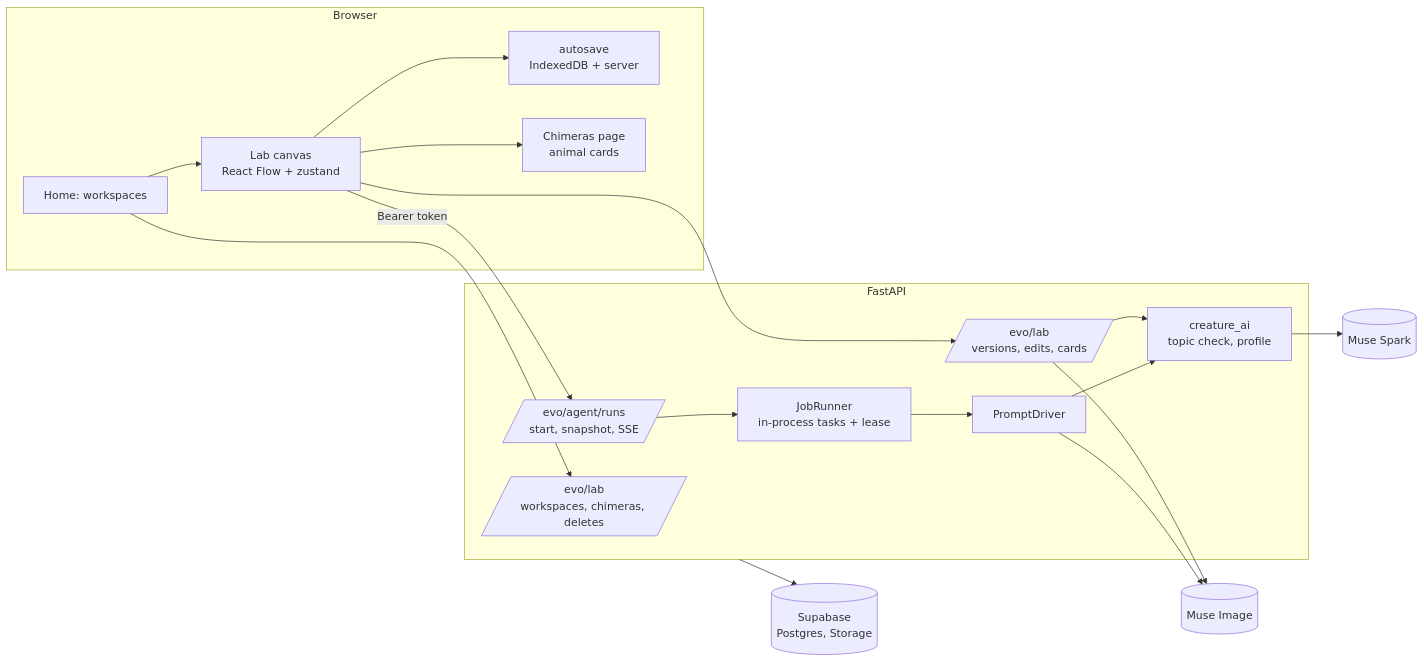
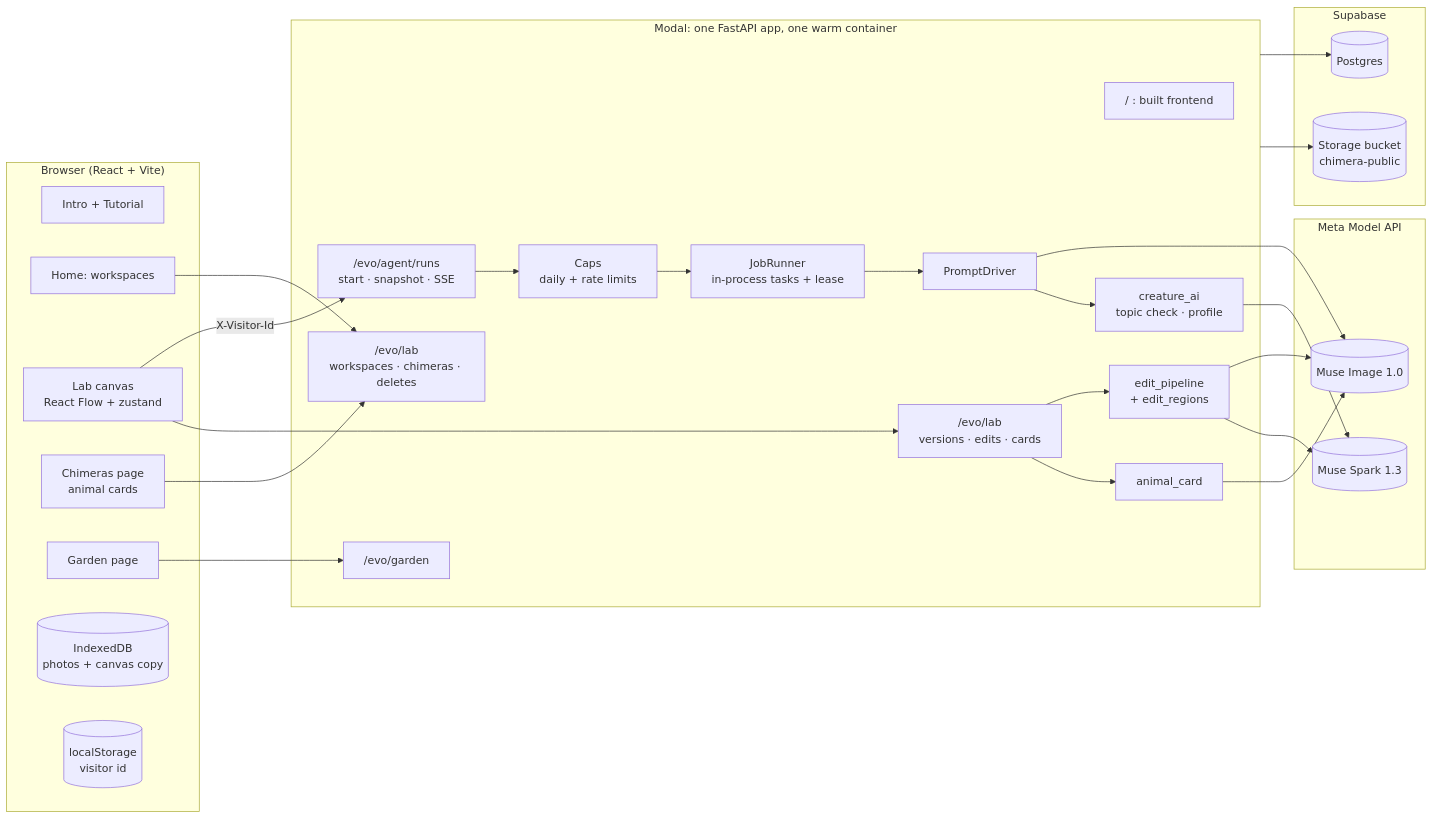
One commit to shashi0d/chimera-lab changed the first of 5 diagrams in docs/ARCHITECTURE.md. Above: the diagram before and after it, drawn with Mermaid. The commit also changed other lines of this file and 20 other files, not shown here.

````diff
--- a/docs/ARCHITECTURE.md
+++ b/docs/ARCHITECTURE.md
@@ -8,23 +14,51 @@
 ```mermaid
 flowchart LR
-  subgraph Browser
-    Home[Home: workspaces] --> Lab[Lab canvas\nReact Flow + zustand]
-    Lab --> Auto[autosave\nIndexedDB + server]
-    Lab --> Cards[Chimeras page\nanimal cards]
+  subgraph Browser["Browser (React + Vite)"]
+    Intro[Intro + Tutorial]
+    Home[Home: workspaces]
+    Lab[Lab canvas<br/>React Flow + zustand]
+    Chim[Chimeras page<br/>animal cards]
+    Garden[Garden page]
+    IDB[(IndexedDB<br/>photos + canvas copy)]
+    LS[(localStorage<br/>visitor id)]
   end
-  subgraph Backend [FastAPI]
-    Runs[/evo/agent/runs\nstart, snapshot, SSE/] --> Job[JobRunner\nin-process tasks + lease]
-    Job --> Prompt[PromptDriver]
-    LabAPI[/evo/lab\nversions, edits, cards/]
-    Lib[/evo/lab\nworkspaces, chimeras, deletes/]
-    Prompt --> AI[creature_ai\ntopic check, profile]
-    LabAPI --> AI
+
+  subgraph Modal["Modal: one FastAPI app, one warm container"]
+    SPA["/ : built frontend"]
+    Runs["/evo/agent/runs<br/>start · snapshot · SSE"]
+    LabAPI["/evo/lab<br/>versions · edits · cards"]
+    Lib["/evo/lab<br/>workspaces · chimeras · deletes"]
+    GardenAPI["/evo/garden"]
+    Jobs[JobRunner<br/>in-process tasks + lease]
+    Driver[PromptDriver]
+    Edit[edit_pipeline<br/>+ edit_regions]
+    Card[animal_card]
+    AI[creature_ai<br/>topic check · profile]
+    Caps[Caps<br/>daily + rate limits]
   end
-  Lab -->|Bearer token| Runs
+
+  subgraph Meta["Meta Model API"]
+    MI[(Muse Image 1.0)]
+    MS[(Muse Spark 1.3)]
+  end
+
+  subgraph Supabase
+    PG[(Postgres)]
+    ST[(Storage bucket<br/>chimera-public)]
+  end
+
+  Lab -- "X-Visitor-Id" --> Runs
   Lab --> LabAPI
   Home --> Lib
-  Prompt --> MI[(Muse Image)]
-  LabAPI --> MI
-  AI --> MS[(Muse Spark)]
-  Backend --> SB[(Supabase\nPostgres, Storage)]
+  Chim --> Lib
+  Garden --> GardenAPI
+  Runs --> Caps --> Jobs --> Driver
+  Driver --> MI
+  Driver --> AI
+  LabAPI --> Edit --> MI
+  Edit --> MS
+  LabAPI --> Card --> MI
+  AI --> MS
+  Modal --> PG
+  Modal --> ST
 ```
````
